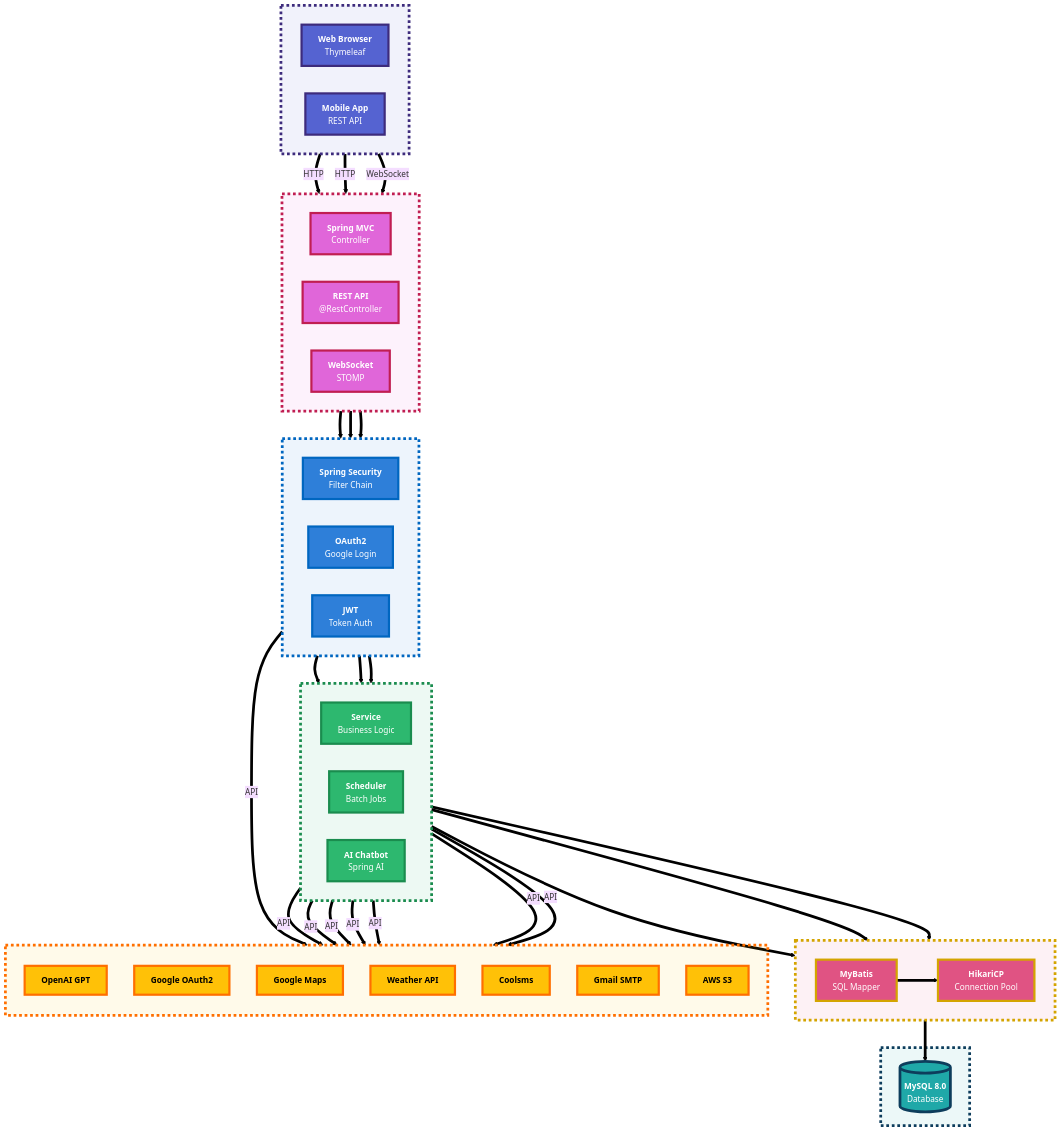
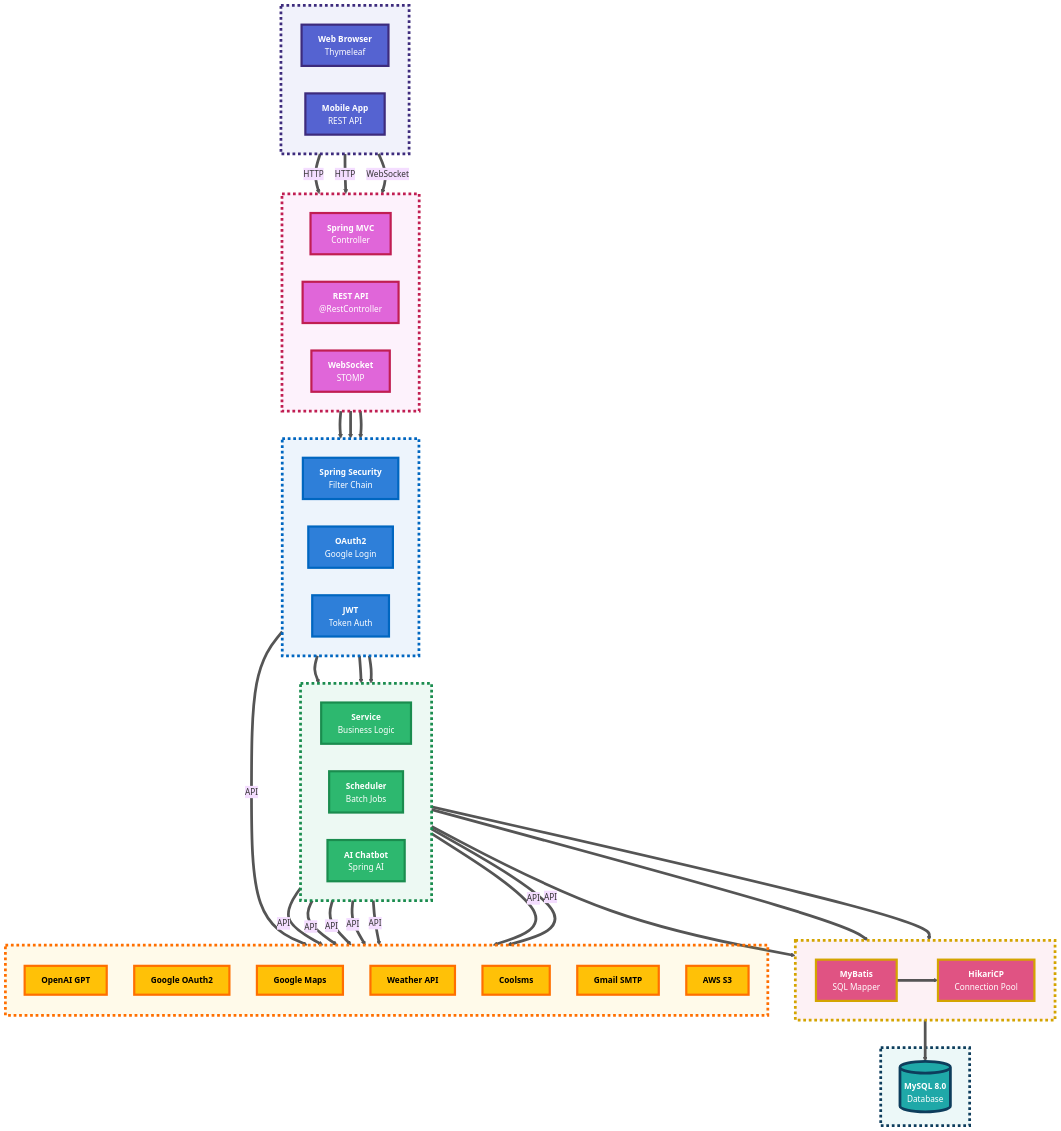
Before and after one commit to wjdgkr3386/Neighbus: the diagram in README.md, drawn with Mermaid. The commit also changed other lines of this file, not shown here.

````diff
--- a/README.md
+++ b/README.md
@@ -369,5 +370,5 @@
     style Database fill:#1fa8a815,stroke:#0d3d5c,stroke-width:5px,stroke-dasharray: 5 5
     style External fill:#ffc10715,stroke:#ff6f00,stroke-width:5px,stroke-dasharray: 5 5
 
-    linkStyle default stroke:#000000,stroke-width:5px
+    linkStyle default stroke:#555555,stroke-width:5px
 ```
````
